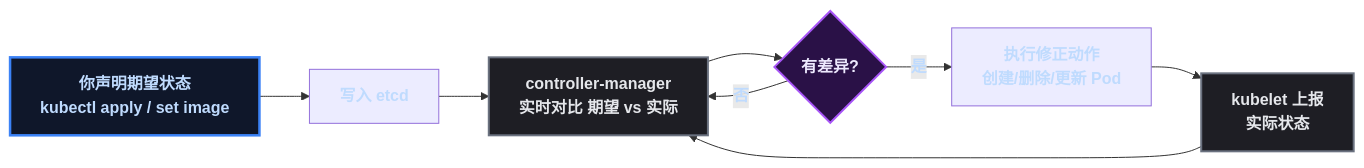
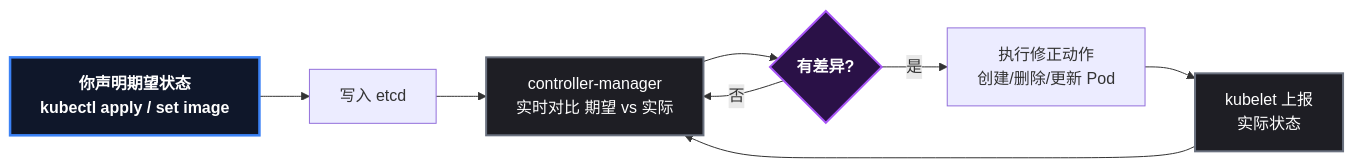
Before and after one commit to yaocat55/yaocat55.github.io: the second of 4 diagrams in content/posts/kubernetes/K8sDeploymentHandsOn.md, drawn with Mermaid. The commit also changed other lines of this file and 27 other files, not shown here.

Commit message:
docs: 全系列 93 张 Mermaid 图 classDef 改为 style 强制深底白字(修复部分渲染器白底浅字)+历史文件格式清理

````diff
--- a/content/posts/kubernetes/K8sDeploymentHandsOn.md
+++ b/content/posts/kubernetes/K8sDeploymentHandsOn.md
@@ -273,16 +271,14 @@
 ```mermaid
 flowchart LR
     A["你声明期望状态<br/>kubectl apply / set image"] --> B["写入 etcd"]
     B --> C["controller-manager<br/>实时对比 期望 vs 实际"]
     C --> D{"有差异?"}
     D -->|"是"| E["执行修正动作<br/>创建/删除/更新 Pod"]
     E --> F["kubelet 上报<br/>实际状态"]
     F --> C
     D -->|"否"| C
-    classDef root fill:#0f172a,stroke:#3b82f6,stroke-width:2.5px,color:#bfdbfe,font-weight:bold;
-    classDef process fill:#1e1e24,stroke:#6b7280,stroke-width:2px,color:#e5e7eb;
-    classDef condition fill:#2a1147,stroke:#a855f7,stroke-width:2px,color:#ede9fe,font-weight:bold;
-    class A root;
-    class C,F process;
-    class D condition;
+    style A fill:#0f172a,stroke:#3b82f6,stroke-width:2.5px,color:#ffffff,font-weight:bold
+    style C fill:#1e1e24,stroke:#6b7280,stroke-width:2px,color:#ffffff
+    style F fill:#1e1e24,stroke:#6b7280,stroke-width:2px,color:#ffffff
+    style D fill:#2a1147,stroke:#a855f7,stroke-width:2px,color:#ffffff,font-weight:bold
 ```
````
